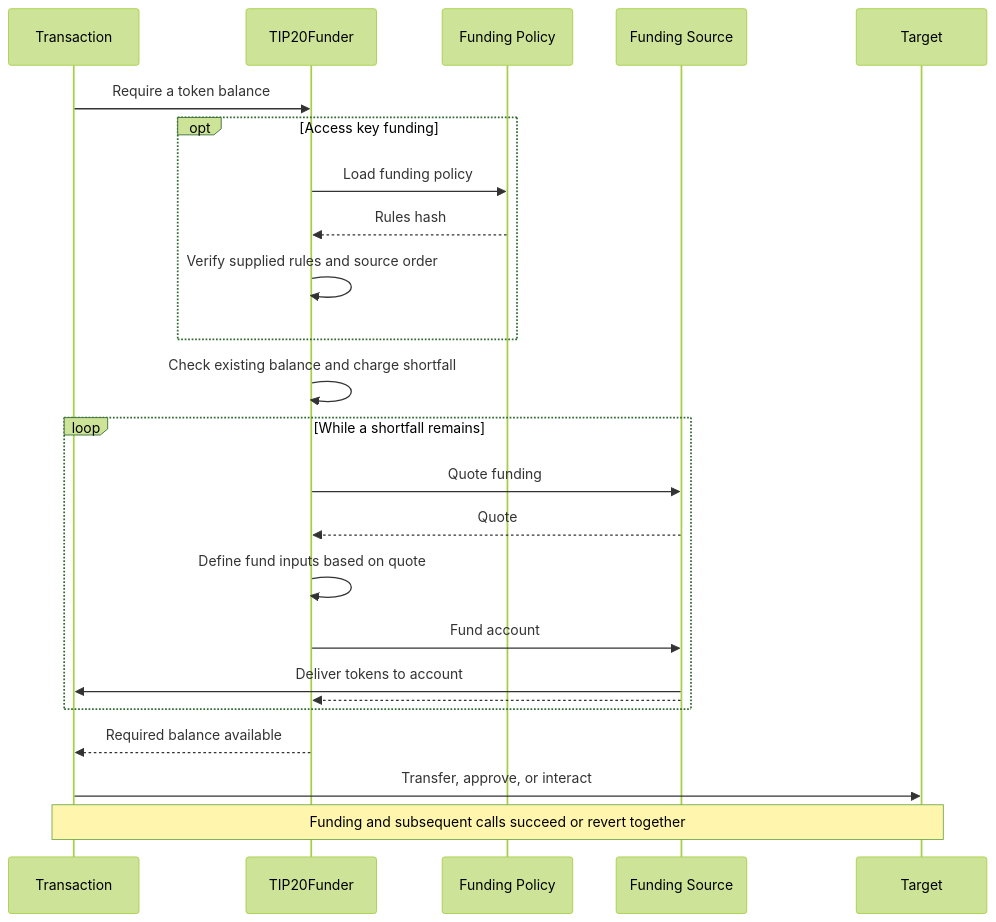
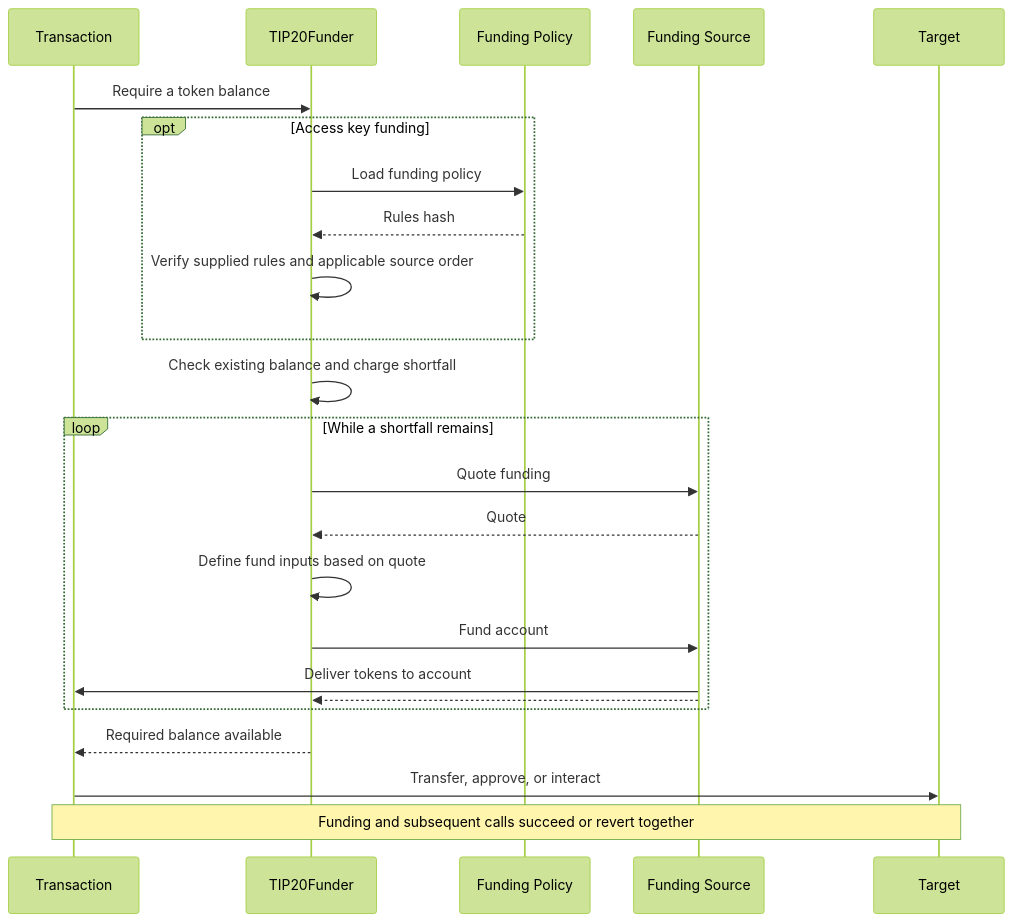
Before and after one commit to tempoxyz/tempo: the first of 3 diagrams in tips/tip-1120.md, drawn with Mermaid (forest theme). The commit also changed other lines of this file, not shown here.

Commit message:
docs(tip-1120): make funding source ordering optional

````diff
--- a/tips/tip-1120.md
+++ b/tips/tip-1120.md
@@ -49,27 +49,27 @@
 ```mermaid
 sequenceDiagram
     participant C as Transaction
     participant P as TIP20Funder
     participant R as Funding Policy
     participant F as Funding Source
     participant A as Target
 
     C->>P: Require a token balance
     opt Access key funding
         P->>R: Load funding policy
         R-->>P: Rules hash
-        P->>P: Verify supplied rules and source order
+        P->>P: Verify supplied rules and applicable source order
     end
     P->>P: Check existing balance and charge shortfall
     loop While a shortfall remains
         P->>F: Quote funding
         F-->>P: Quote
         P->>P: Define fund inputs based on quote
         P->>F: Fund account
         F->>C: Deliver tokens to account
         F-->>P:
     end
     P-->>C: Required balance available
     C->>A: Transfer, approve, or interact
     Note over C,A: Funding and subsequent calls succeed or revert together
 ```
````
